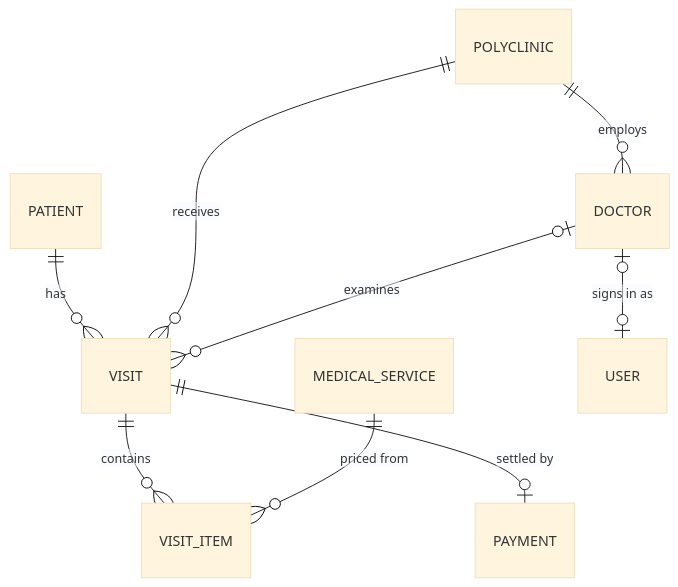
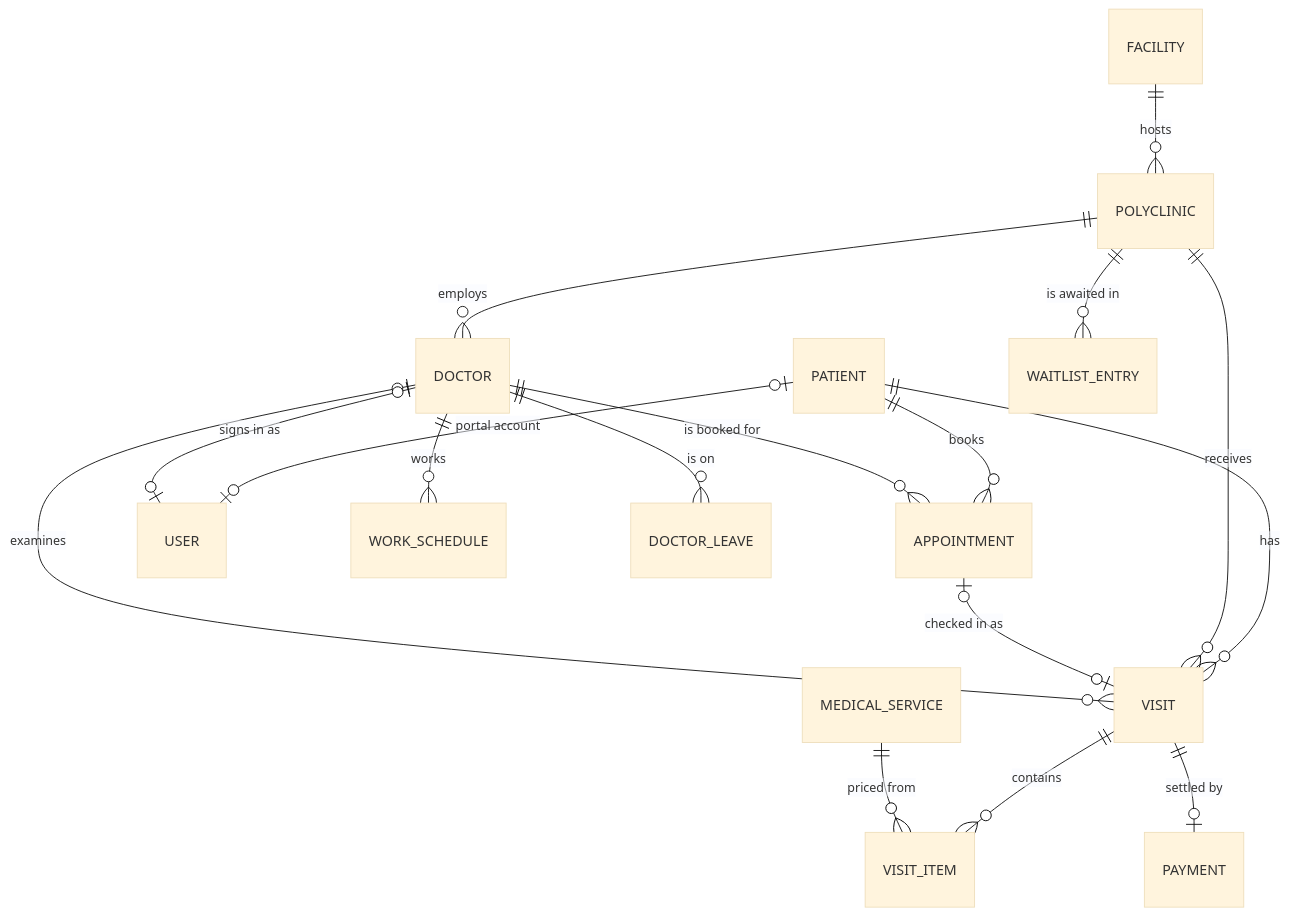
Before and after one commit to kilicchalitt/klinova: the first of 3 diagrams in docs/architecture.md, drawn with Mermaid (base theme). The commit also changed other lines of this file and 3 other files, not shown here.

First line of the commit message:
docs: document appointment rules, notifications, schedules and the portal

````diff
--- a/docs/architecture.md
+++ b/docs/architecture.md
@@ -20,11 +20,19 @@
 ```mermaid
 erDiagram
+    FACILITY ||--o{ POLYCLINIC : hosts
     PATIENT ||--o{ VISIT : has
+    PATIENT ||--o{ APPOINTMENT : books
+    PATIENT |o--o| USER : "portal account"
     POLYCLINIC ||--o{ VISIT : receives
     POLYCLINIC ||--o{ DOCTOR : employs
+    DOCTOR ||--o{ WORK_SCHEDULE : works
+    DOCTOR ||--o{ DOCTOR_LEAVE : "is on"
+    DOCTOR ||--o{ APPOINTMENT : "is booked for"
+    APPOINTMENT |o--o| VISIT : "checked in as"
+    POLYCLINIC ||--o{ WAITLIST_ENTRY : "is awaited in"
     DOCTOR |o--o{ VISIT : examines
     VISIT ||--o{ VISIT_ITEM : contains
     MEDICAL_SERVICE ||--o{ VISIT_ITEM : "priced from"
     VISIT ||--o| PAYMENT : "settled by"
     DOCTOR |o--o| USER : "signs in as"
 ```
````
